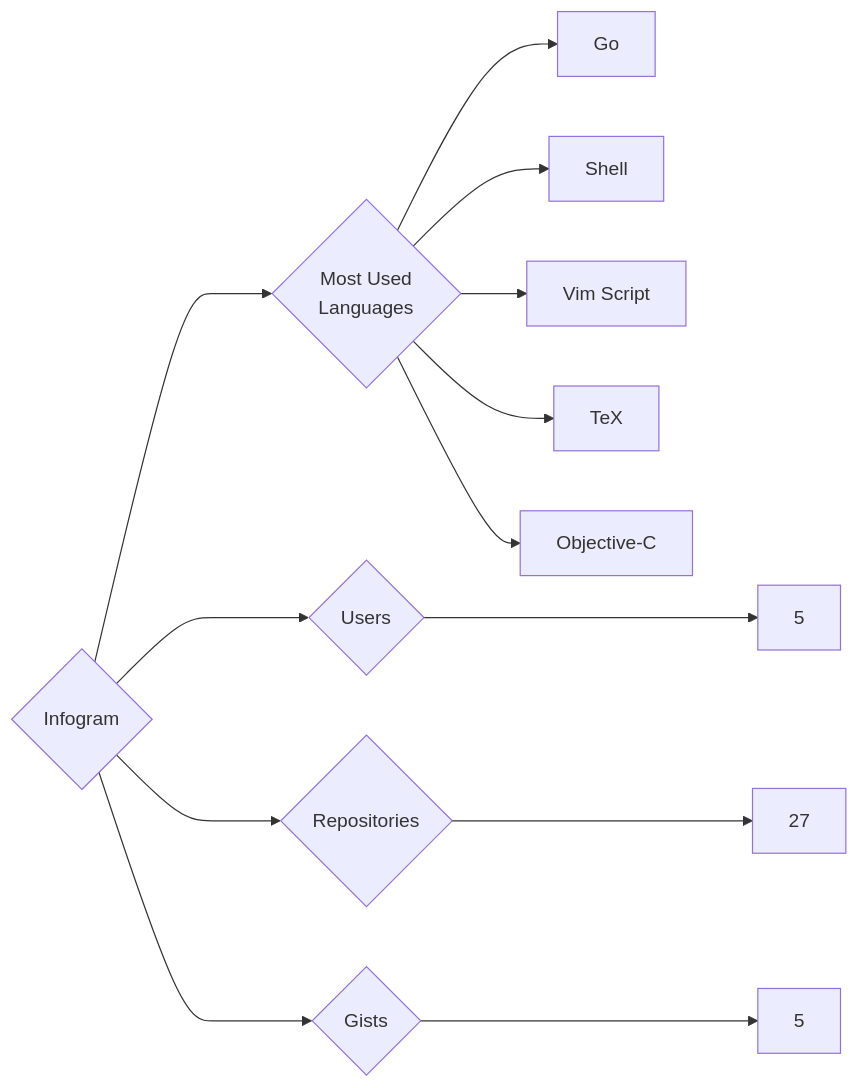
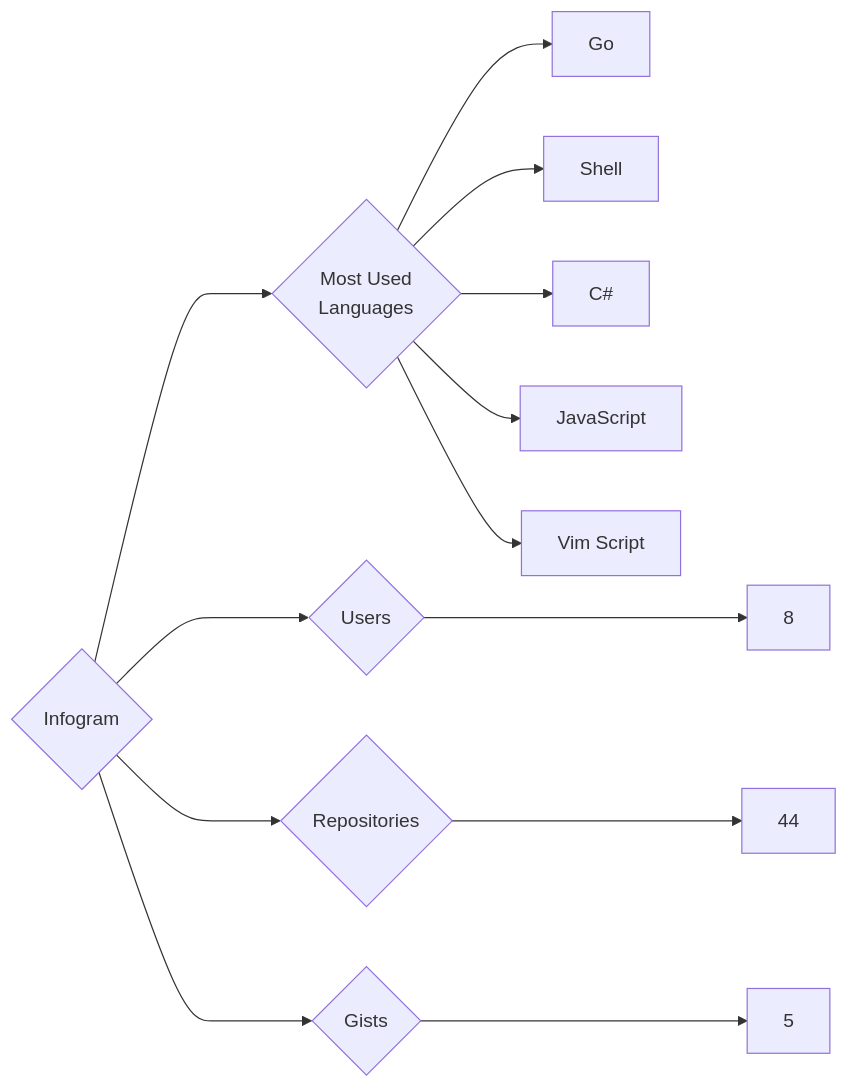
Before and after one commit to trickest/insiders: the diagram in targets/Infogram/README.md, drawn with Mermaid. The commit also changed 1238 other files, not shown here.

````diff
--- a/targets/Infogram/README.md
+++ b/targets/Infogram/README.md
@@ -3,13 +3,13 @@
 ```mermaid
 graph LR
 COMPANY_NAME{Infogram}
-COMPANY_NAME ---> U{Users} ---> UN[5]
-COMPANY_NAME ---> R{Repositories} ---> RN[27]
+COMPANY_NAME ---> U{Users} ---> UN[8]
+COMPANY_NAME ---> R{Repositories} ---> RN[44]
 COMPANY_NAME ---> G{Gists} ---> GN[5]
 COMPANY_NAME ---> ML{Most Used<br>Languages}
 ML --> Go[Go]
 ML --> Shell[Shell]
+ML --> C#[C#]
+ML --> JavaScript[JavaScript]
 ML --> Vim_Script[Vim Script]
-ML --> TeX[TeX]
-ML --> Objective-C[Objective-C]
 ```
````
